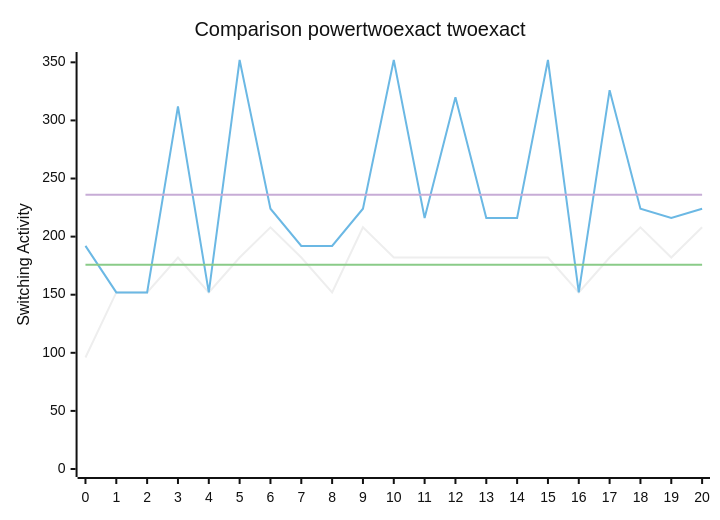
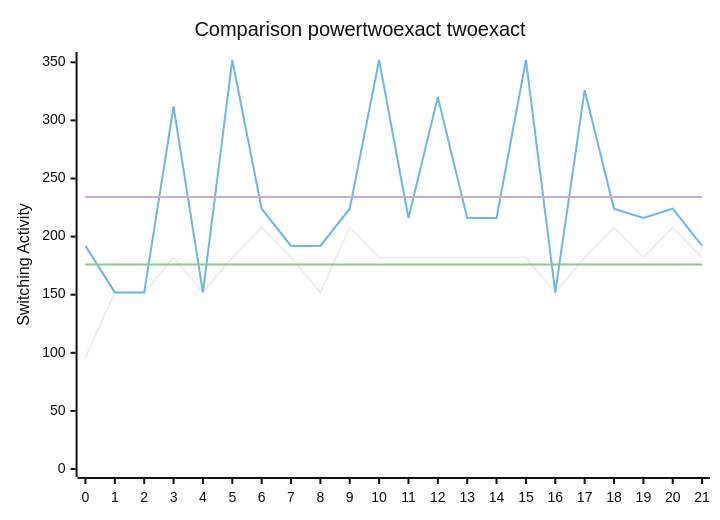
The diagram in benchmark.md (FeldmeierMichael/Exact-Power-Synthesis), drawn with Mermaid (neutral theme) before and after one commit. The commit also changed other lines of this file and 2 other files, not shown here.

````diff
--- a/benchmark.md
+++ b/benchmark.md
@@ -45,10 +47,10 @@
 ```mermaid
 xychart-beta
     title "Comparison powertwoexact twoexact"
-    x-axis [0, 1, 2, 3, 4, 5, 6, 7, 8, 9, 10, 11, 12, 13, 14, 15, 16, 17, 18, 19, 20]
+    x-axis [0, 1, 2, 3, 4, 5, 6, 7, 8, 9, 10, 11, 12, 13, 14, 15, 16, 17, 18, 19, 20, 21]
     y-axis "Switching Activity" 0-->352
-    line [96, 152, 152, 182, 152, 182, 208, 182, 152, 208, 182, 182, 182, 182, 182, 182, 152, 182, 208, 182, 208]
-    line [192, 152, 152, 312, 152, 352, 224, 192, 192, 224, 352, 216, 320, 216, 216, 352, 152, 326, 224, 216, 224]
-    line [175.71428571428572, 175.71428571428572, 175.71428571428572, 175.71428571428572, 175.71428571428572, 175.71428571428572, 175.71428571428572, 175.71428571428572, 175.71428571428572, 175.71428571428572, 175.71428571428572, 175.71428571428572, 175.71428571428572, 175.71428571428572, 175.71428571428572, 175.71428571428572, 175.71428571428572, 175.71428571428572, 175.71428571428572, 175.71428571428572, 175.71428571428572]
-    line [236.0952380952381, 236.0952380952381, 236.0952380952381, 236.0952380952381, 236.0952380952381, 236.0952380952381, 236.0952380952381, 236.0952380952381, 236.0952380952381, 236.0952380952381, 236.0952380952381, 236.0952380952381, 236.0952380952381, 236.0952380952381, 236.0952380952381, 236.0952380952381, 236.0952380952381, 236.0952380952381, 236.0952380952381, 236.0952380952381, 236.0952380952381]
+    line [96, 152, 152, 182, 152, 182, 208, 182, 152, 208, 182, 182, 182, 182, 182, 182, 152, 182, 208, 182, 208, 182]
+    line [192, 152, 152, 312, 152, 352, 224, 192, 192, 224, 352, 216, 320, 216, 216, 352, 152, 326, 224, 216, 224, 192]
+    line [176.0, 176.0, 176.0, 176.0, 176.0, 176.0, 176.0, 176.0, 176.0, 176.0, 176.0, 176.0, 176.0, 176.0, 176.0, 176.0, 176.0, 176.0, 176.0, 176.0, 176.0, 176.0]
+    line [234.0909090909091, 234.0909090909091, 234.0909090909091, 234.0909090909091, 234.0909090909091, 234.0909090909091, 234.0909090909091, 234.0909090909091, 234.0909090909091, 234.0909090909091, 234.0909090909091, 234.0909090909091, 234.0909090909091, 234.0909090909091, 234.0909090909091, 234.0909090909091, 234.0909090909091, 234.0909090909091, 234.0909090909091, 234.0909090909091, 234.0909090909091, 234.0909090909091]
 ```
````
